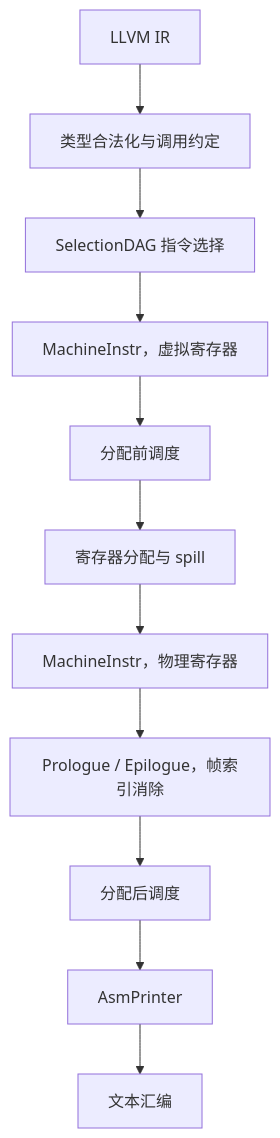
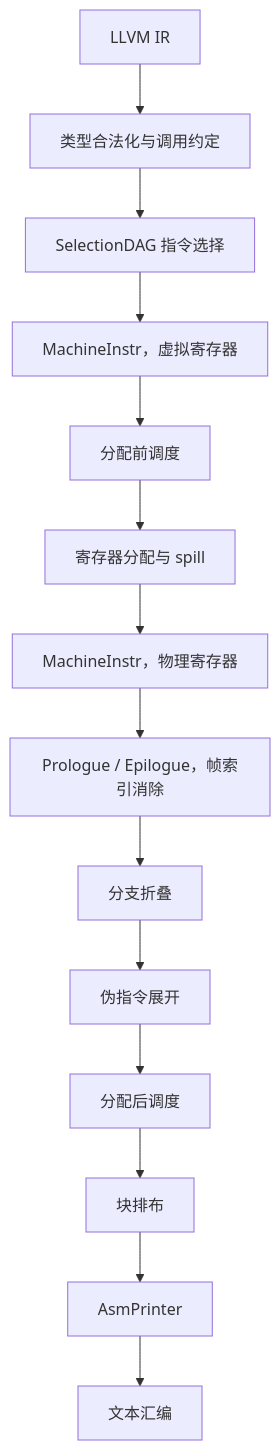
Before and after one commit to xdlhzdh/XAIBackend: the first of 2 diagrams in docs/实现与CodeGen对照.md, drawn with Mermaid. The commit also changed other lines of this file, not shown here.

````diff
--- a/docs/实现与CodeGen对照.md
+++ b/docs/实现与CodeGen对照.md
@@ -13,16 +13,19 @@
 ```mermaid
 flowchart TD
   ir["LLVM IR"]
   legal["类型合法化与调用约定"]
   isel["SelectionDAG 指令选择"]
   miv["MachineInstr，虚拟寄存器"]
   presched["分配前调度"]
   ra["寄存器分配与 spill"]
   mi["MachineInstr，物理寄存器"]
   pei["Prologue / Epilogue，帧索引消除"]
+  branchfold["分支折叠"]
+  pseudo["伪指令展开"]
   postsched["分配后调度"]
+  placement["块排布"]
   asm["AsmPrinter"]
   text["文本汇编"]
 
-  ir --> legal --> isel --> miv --> presched --> ra --> mi --> pei --> postsched --> asm --> text
+  ir --> legal --> isel --> miv --> presched --> ra --> mi --> pei --> branchfold --> pseudo --> postsched --> placement --> asm --> text
 ```
````
